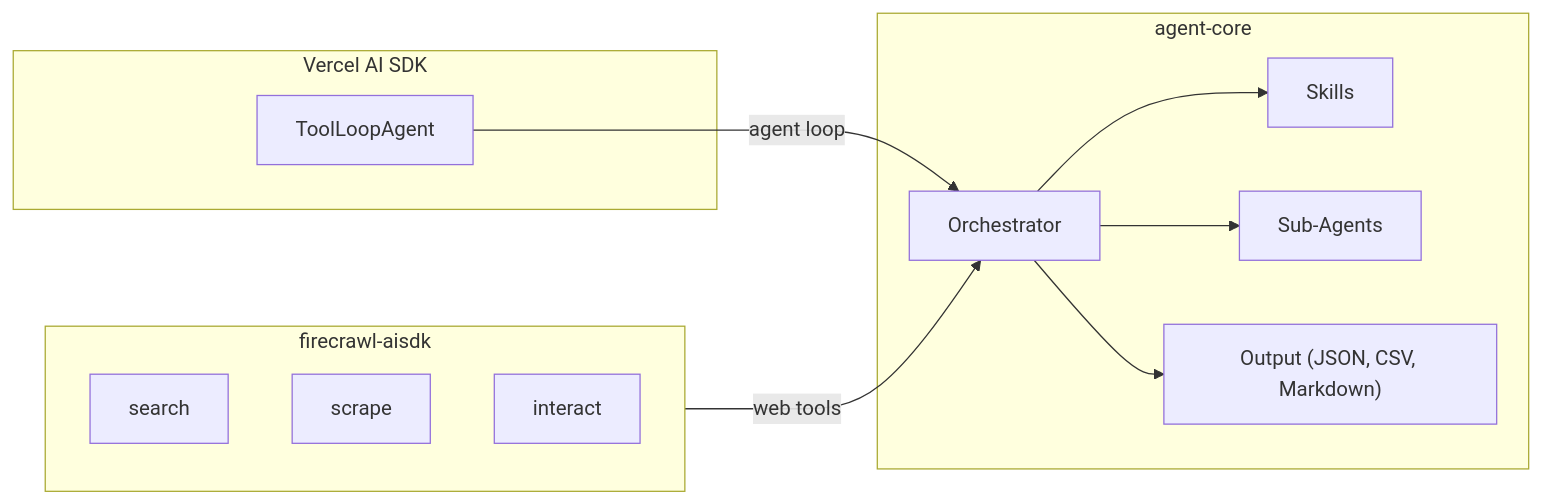
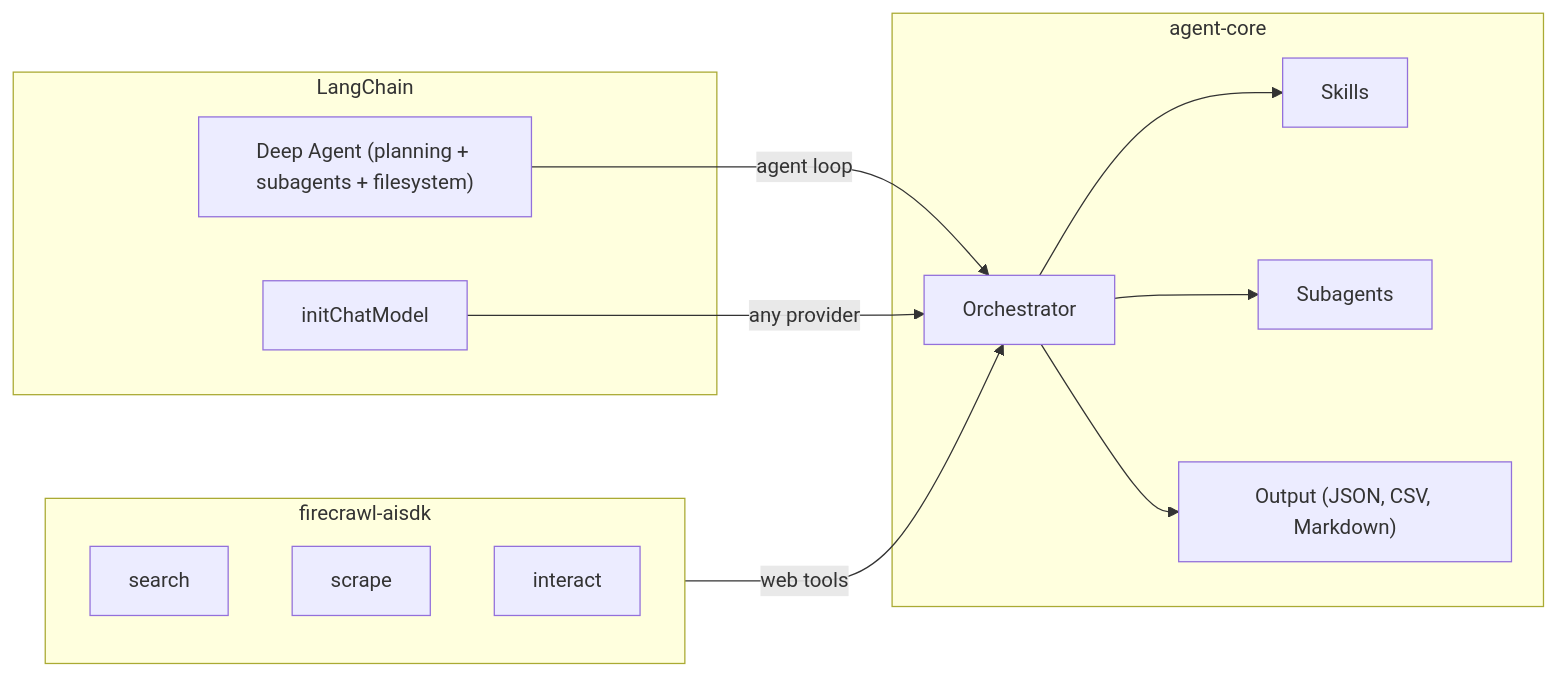
One commit to AliceBowRyhl/web-agent changed the diagram in agent-core/README.md. Above: the diagram before and after it, drawn with Mermaid. The commit also changed other lines of this file and 2 other files, not shown here.

First line of the commit message:
Update READMEs: demo GIF + LangChain DeepAgents

````diff
--- a/agent-core/README.md
+++ b/agent-core/README.md
@@ -9,25 +9,27 @@
 ```mermaid
 graph LR
     subgraph firecrawl-aisdk
         search
         scrape
         interact
     end
 
-    subgraph "Vercel AI SDK"
-        ToolLoopAgent
+    subgraph "LangChain"
+        DeepAgent["Deep Agent (planning + subagents + filesystem)"]
+        ChatModel["initChatModel"]
     end
 
     subgraph agent-core
         Orchestrator
         Skills
-        Agents["Sub-Agents"]
+        Agents["Subagents"]
         Output["Output (JSON, CSV, Markdown)"]
     end
 
     firecrawl-aisdk -- "web tools" --> Orchestrator
-    ToolLoopAgent -- "agent loop" --> Orchestrator
+    DeepAgent -- "agent loop" --> Orchestrator
+    ChatModel -- "any provider" --> Orchestrator
     Orchestrator --> Skills
     Orchestrator --> Agents
     Orchestrator --> Output
 ```
````
